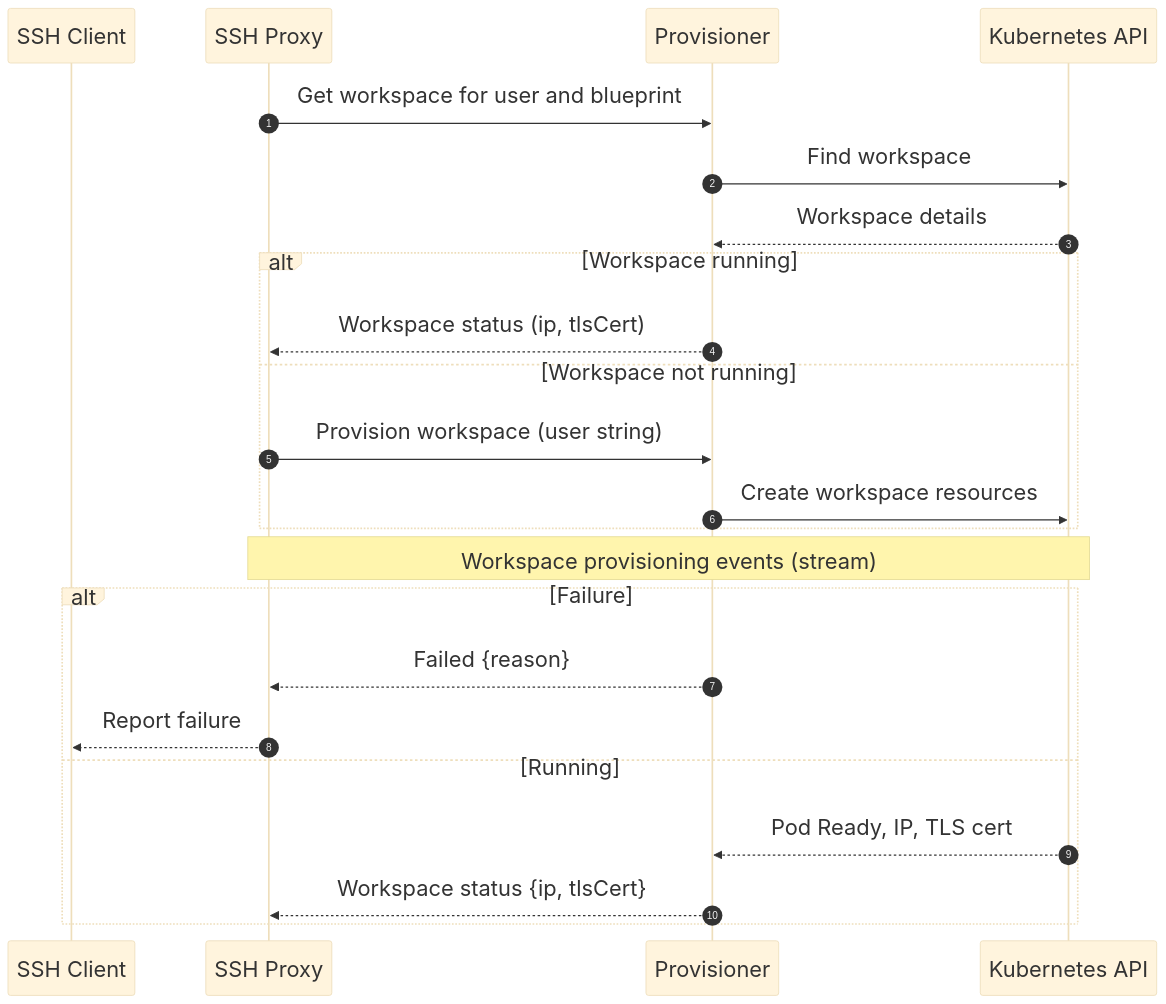
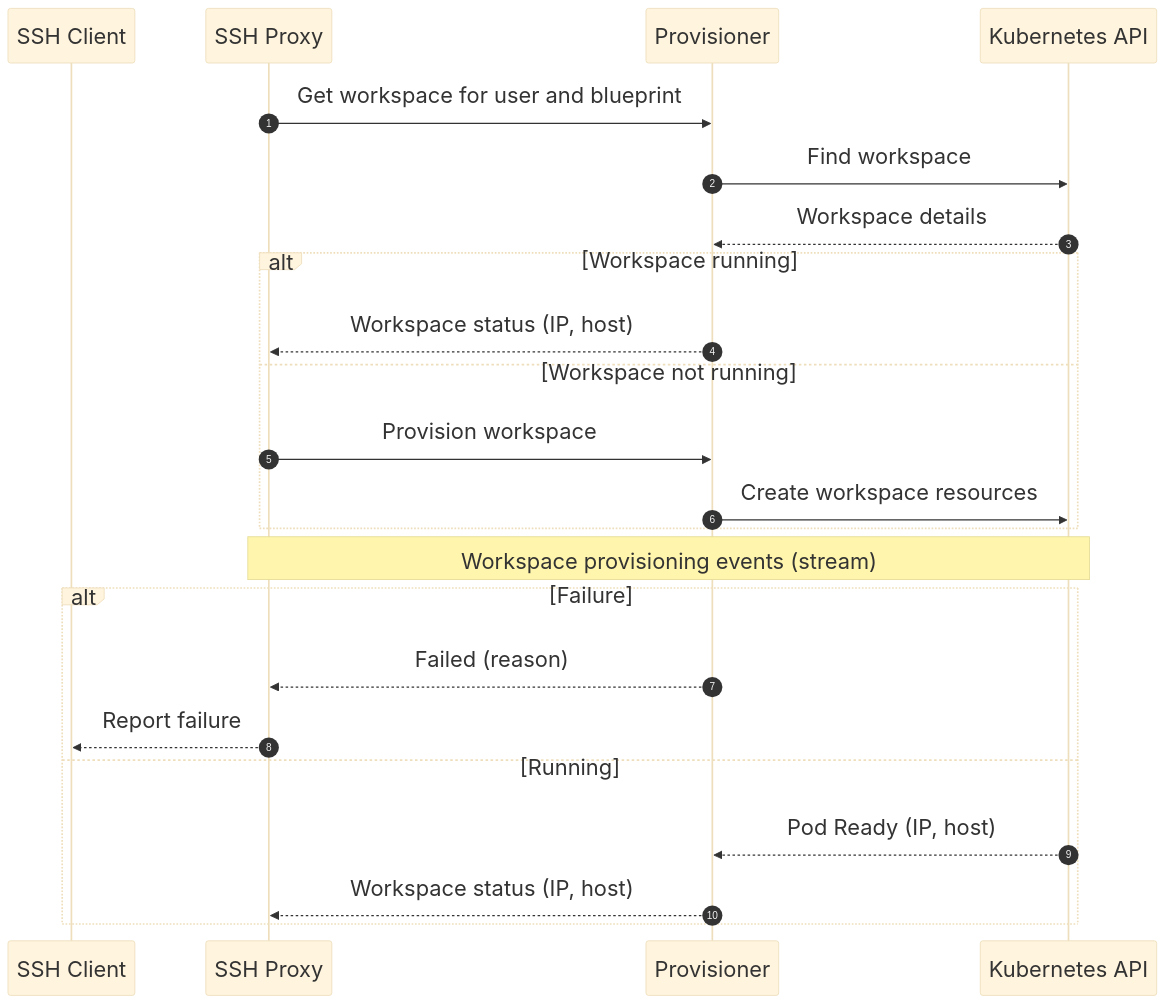
The second of 5 diagrams in docs/concepts/ssh-proxy/communication-flows.md (k8shell-io/docs), drawn with Mermaid before and after one commit. The commit also changed other lines of this file and 5 other files, not shown here.

````diff
--- a/docs/concepts/ssh-proxy/communication-flows.md
+++ b/docs/concepts/ssh-proxy/communication-flows.md
@@ -70,28 +70,28 @@
 ```mermaid
 %%{init:{ "theme": "base", "fontSize": 26 }}%%
 sequenceDiagram
     autonumber
     participant C as SSH Client
     participant P as SSH Proxy
     participant R as Provisioner
     participant K8s as Kubernetes API
 
     P->>R: Get workspace for user and blueprint
     R->>K8s: Find workspace
     K8s-->>R: Workspace details
     alt Workspace running
-        R-->>P: Workspace status (ip, tlsCert)
+        R-->>P: Workspace status (IP, host)
     else Workspace not running
-        P->>R: Provision workspace (user string)
+        P->>R: Provision workspace
         R->>K8s: Create workspace resources
     end
 
     note over P,K8s: Workspace provisioning events (stream)
     alt Failure
-        R-->>P: Failed {reason}
+        R-->>P: Failed (reason)
         P-->>C: Report failure
     else Running
-        K8s-->>R: Pod Ready, IP, TLS cert
-        R-->>P: Workspace status {ip, tlsCert}
+        K8s-->>R: Pod Ready (IP, host)
+        R-->>P: Workspace status (IP, host)
     end
 ```
````
